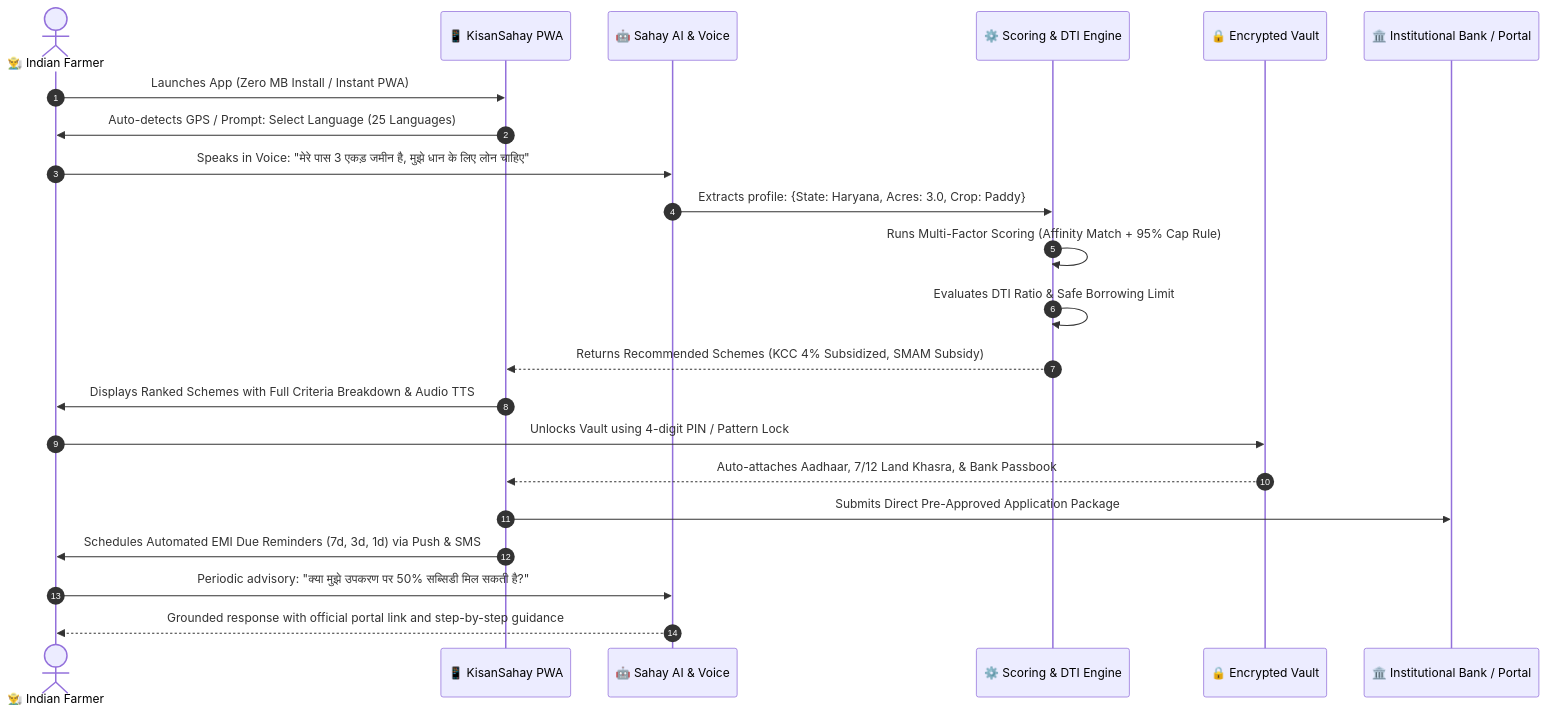
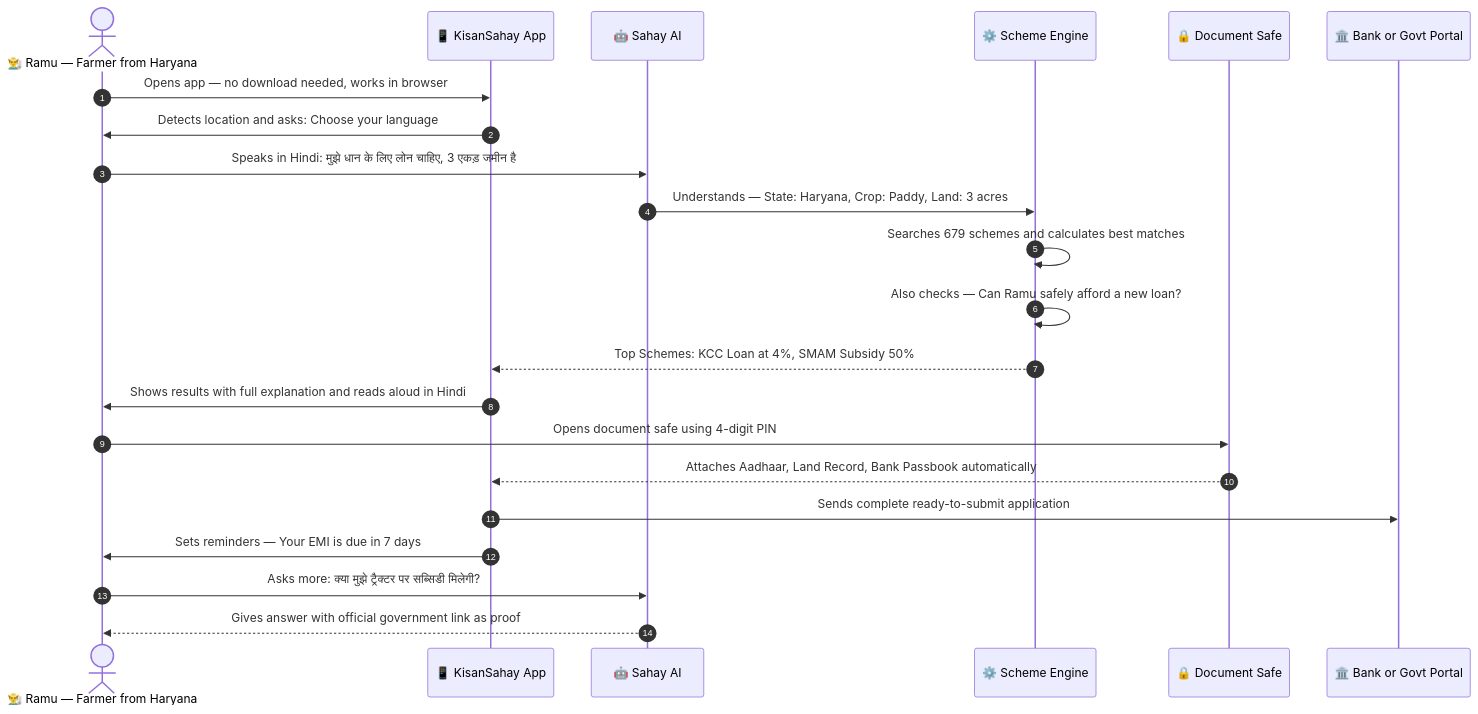
One commit to samirahamed-27/KisanSahay changed the second of 2 diagrams in SIH_PRESENTATION_ARCHITECTURE_AND_PITCH.md. Above: the diagram before and after it, drawn with Mermaid. The commit also changed other lines of this file, not shown here.

Commit message:
docs: simplify SIH presentation - rewrite in easy, plain language

````diff
--- a/SIH_PRESENTATION_ARCHITECTURE_AND_PITCH.md
+++ b/SIH_PRESENTATION_ARCHITECTURE_AND_PITCH.md
@@ -135,25 +151,25 @@
 ```mermaid
 sequenceDiagram
     autonumber
-    actor Farmer as 👨‍🌾 Indian Farmer
-    participant PWA as 📱 KisanSahay PWA
-    participant AI as 🤖 Sahay AI & Voice
-    participant Engine as ⚙️ Scoring & DTI Engine
-    participant Vault as 🔒 Encrypted Vault
-    participant Bank as 🏛️ Institutional Bank / Portal
+    actor Farmer as 👨‍🌾 Ramu — Farmer from Haryana
+    participant PWA as 📱 KisanSahay App
+    participant AI as 🤖 Sahay AI
+    participant Engine as ⚙️ Scheme Engine
+    participant Vault as 🔒 Document Safe
+    participant Bank as 🏛️ Bank or Govt Portal
 
-    Farmer->>PWA: Launches App (Zero MB Install / Instant PWA)
-    PWA->>Farmer: Auto-detects GPS / Prompt: Select Language (25 Languages)
-    Farmer->>AI: Speaks in Voice: "मेरे पास 3 एकड़ जमीन है, मुझे धान के लिए लोन चाहिए"
-    AI->>Engine: Extracts profile: {State: Haryana, Acres: 3.0, Crop: Paddy}
-    Engine->>Engine: Runs Multi-Factor Scoring (Affinity Match + 95% Cap Rule)
-    Engine->>Engine: Evaluates DTI Ratio & Safe Borrowing Limit
-    Engine-->>PWA: Returns Recommended Schemes (KCC 4% Subsidized, SMAM Subsidy)
-    PWA->>Farmer: Displays Ranked Schemes with Full Criteria Breakdown & Audio TTS
-    Farmer->>Vault: Unlocks Vault using 4-digit PIN / Pattern Lock
-    Vault-->>PWA: Auto-attaches Aadhaar, 7/12 Land Khasra, & Bank Passbook
-    PWA->>Bank: Submits Direct Pre-Approved Application Package
-    PWA->>Farmer: Schedules Automated EMI Due Reminders (7d, 3d, 1d) via Push & SMS
-    Farmer->>AI: Periodic advisory: "क्या मुझे उपकरण पर 50% सब्सिडी मिल सकती है?"
-    AI-->>Farmer: Grounded response with official portal link and step-by-step guidance
+    Farmer->>PWA: Opens app — no download needed, works in browser
+    PWA->>Farmer: Detects location and asks: Choose your language
+    Farmer->>AI: Speaks in Hindi: मुझे धान के लिए लोन चाहिए, 3 एकड़ जमीन है
+    AI->>Engine: Understands — State: Haryana, Crop: Paddy, Land: 3 acres
+    Engine->>Engine: Searches 679 schemes and calculates best matches
+    Engine->>Engine: Also checks — Can Ramu safely afford a new loan?
+    Engine-->>PWA: Top Schemes: KCC Loan at 4%, SMAM Subsidy 50%
+    PWA->>Farmer: Shows results with full explanation and reads aloud in Hindi
+    Farmer->>Vault: Opens document safe using 4-digit PIN
+    Vault-->>PWA: Attaches Aadhaar, Land Record, Bank Passbook automatically
+    PWA->>Bank: Sends complete ready-to-submit application
+    PWA->>Farmer: Sets reminders — Your EMI is due in 7 days
+    Farmer->>AI: Asks more: क्या मुझे ट्रैक्टर पर सब्सिडी मिलेगी?
+    AI-->>Farmer: Gives answer with official government link as proof
 ```
````
